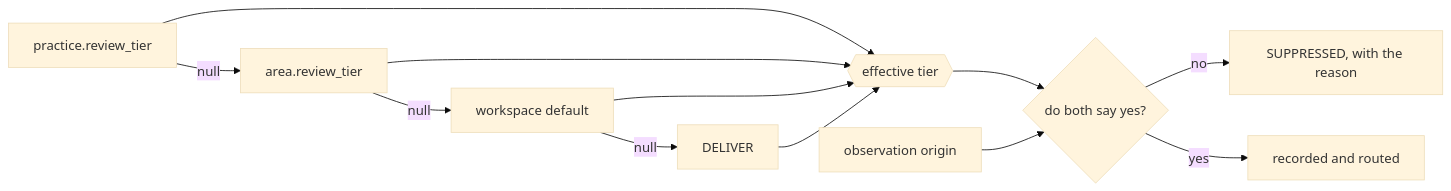
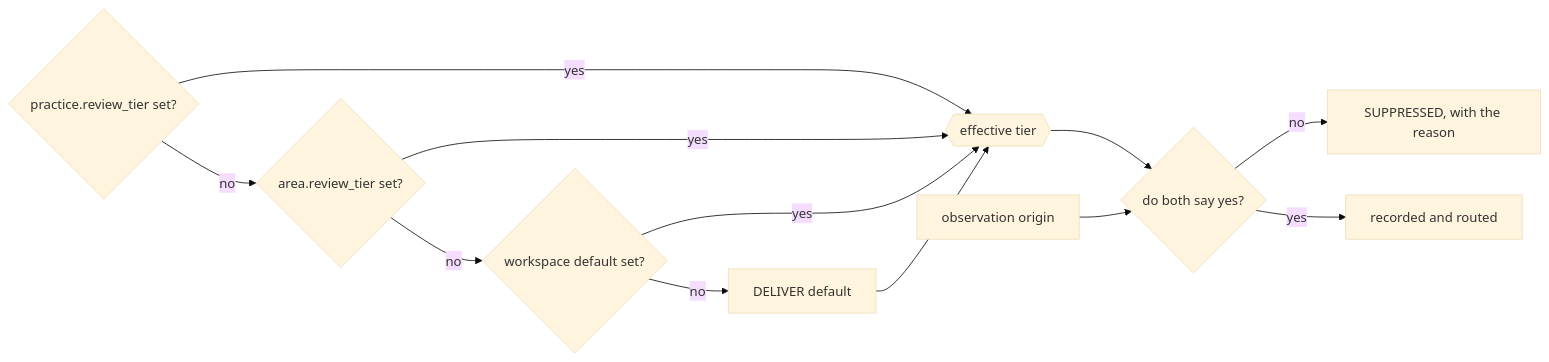
One commit to ls1intum/Hephaestus changed the third of 4 diagrams in docs/contributor/practice-review-pipeline.mdx. Above: the diagram before and after it, drawn with Mermaid (base theme). The commit also changed other lines of this file and 4 other files, not shown here.

Commit message:
docs: streamline the practice review journey

````diff
--- a/docs/contributor/practice-review-pipeline.mdx
+++ b/docs/contributor/practice-review-pipeline.mdx
@@ -448,14 +323,15 @@
 ```mermaid
 flowchart LR
-    P["practice.review_tier"] -->|null| A["area.review_tier"]
-    A -->|null| W["workspace default"]
-    W -->|null| D["DELIVER"]
-    P --> T{{"effective tier"}}
-    A --> T
-    W --> T
+    P{"practice.review_tier set?"}
+    P -->|yes| T{{"effective tier"}}
+    P -->|no| A{"area.review_tier set?"}
+    A -->|yes| T
+    A -->|no| W{"workspace default set?"}
+    W -->|yes| T
+    W -->|no| D["DELIVER default"]
     D --> T
     T --> AND{"do both say yes?"}
     O["observation origin"] --> AND
     AND -->|no| Q["SUPPRESSED, with the reason"]
     AND -->|yes| S["recorded and routed"]
 ```
````
